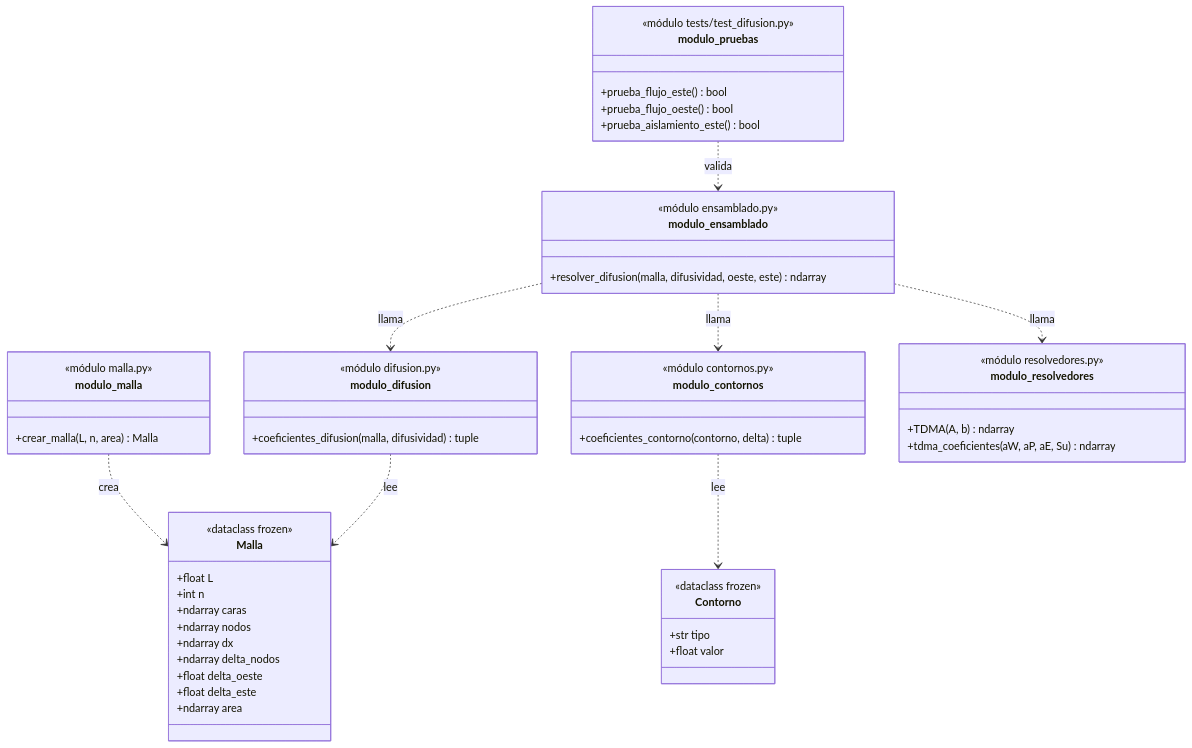
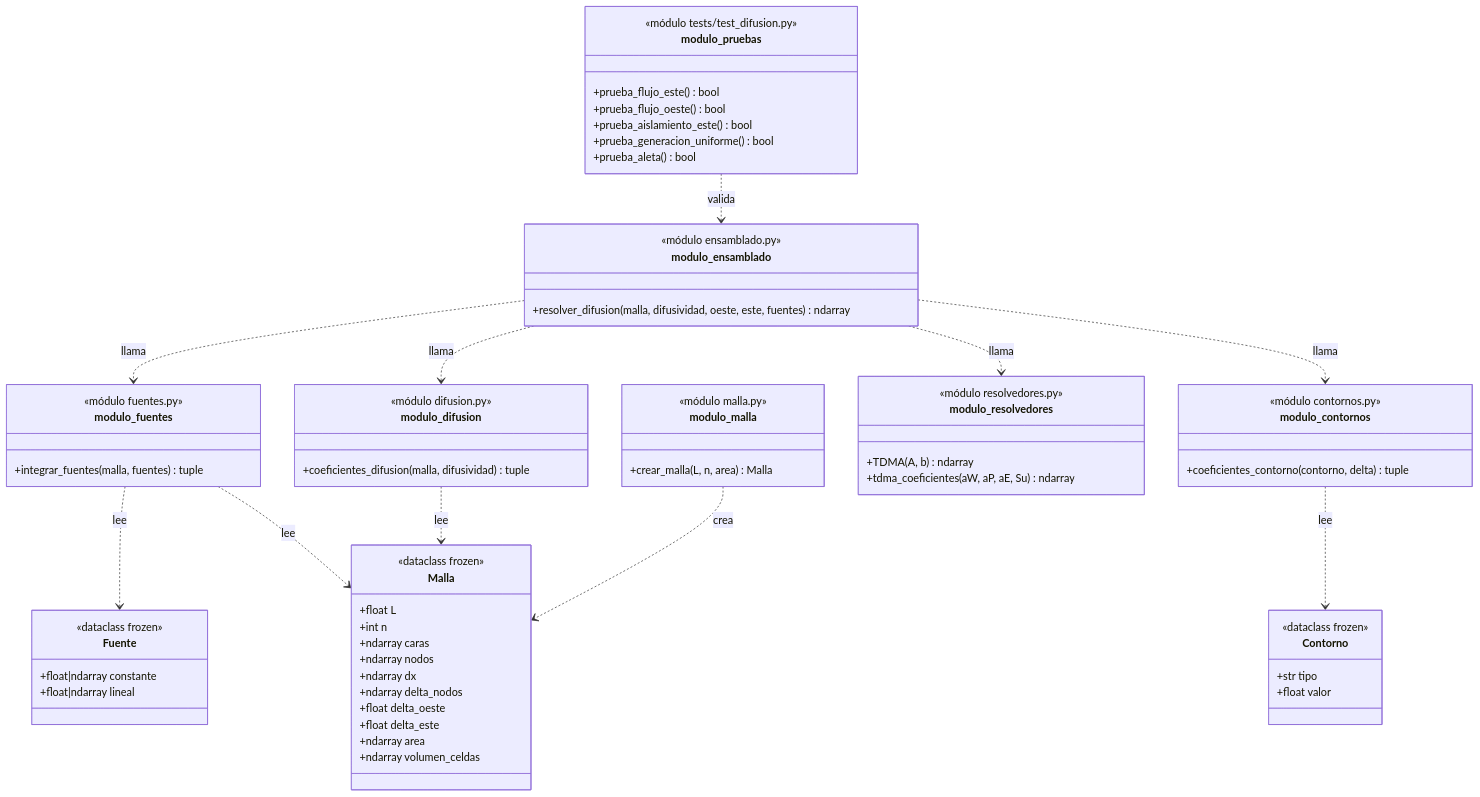
Before and after one commit to nicovarelaboo/versteeg-fvm: the first of 3 diagrams in docs/diseno.md, drawn with Mermaid. The commit also changed other lines of this file, not shown here.

Commit message:
docs(fvm): actualiza el diseño con las fuentes

````diff
--- a/docs/diseno.md
+++ b/docs/diseno.md
@@ -32,55 +35,70 @@
 ```mermaid
 classDiagram
     class Malla {
         <<dataclass frozen>>
         +float L
         +int n
         +ndarray caras
         +ndarray nodos
         +ndarray dx
         +ndarray delta_nodos
         +float delta_oeste
         +float delta_este
         +ndarray area
+        +ndarray volumen_celdas
     }
     class Contorno {
         <<dataclass frozen>>
         +str tipo
         +float valor
     }
     class modulo_malla {
         <<módulo malla.py>>
         +crear_malla(L, n, area) Malla
     }
     class modulo_contornos {
         <<módulo contornos.py>>
         +coeficientes_contorno(contorno, delta) tuple
     }
     class modulo_difusion {
         <<módulo difusion.py>>
         +coeficientes_difusion(malla, difusividad) tuple
     }
     class modulo_ensamblado {
         <<módulo ensamblado.py>>
-        +resolver_difusion(malla, difusividad, oeste, este) ndarray
+        +resolver_difusion(malla, difusividad, oeste, este, fuentes) ndarray
     }
     class modulo_resolvedores {
         <<módulo resolvedores.py>>
         +TDMA(A, b) ndarray
         +tdma_coeficientes(aW, aP, aE, Su) ndarray
     }
     class modulo_pruebas {
         <<módulo tests/test_difusion.py>>
         +prueba_flujo_este() bool
         +prueba_flujo_oeste() bool
         +prueba_aislamiento_este() bool
+        +prueba_generacion_uniforme() bool
+        +prueba_aleta() bool
+    }
+        class Fuente {
+        <<dataclass frozen>>
+        +float|ndarray constante
+        +float|ndarray lineal
+    }
+    class modulo_fuentes {
+        <<módulo fuentes.py>>
+        +integrar_fuentes(malla, fuentes) tuple
     }
 
     modulo_malla ..> Malla : crea
     modulo_contornos ..> Contorno : lee
     modulo_difusion ..> Malla : lee
+    modulo_fuentes ..> Fuente : lee
+    modulo_fuentes ..> Malla : lee
+    modulo_ensamblado ..> modulo_fuentes : llama
     modulo_ensamblado ..> modulo_difusion : llama
     modulo_ensamblado ..> modulo_contornos : llama
     modulo_ensamblado ..> modulo_resolvedores : llama
     modulo_pruebas ..> modulo_ensamblado : valida
 ```
````
